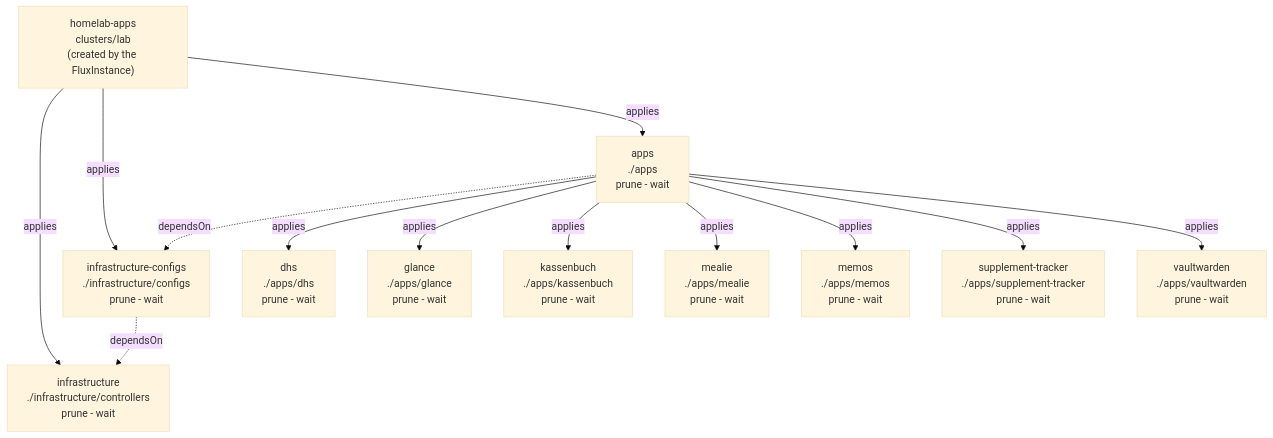
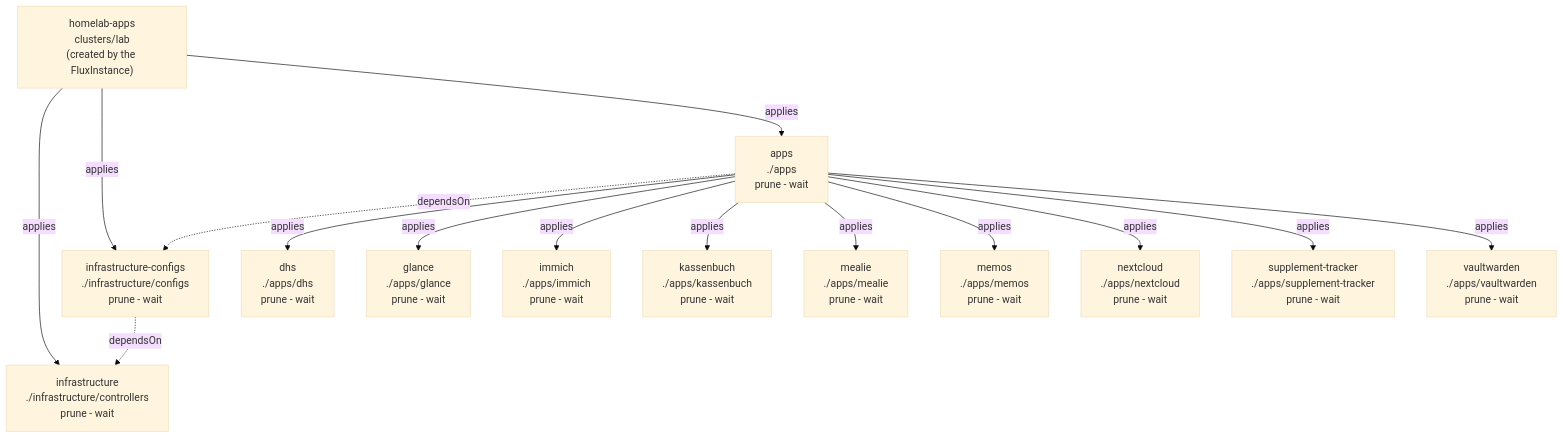
One commit to Sojamann/homelab-apps changed the diagram in README.md. Above: the diagram before and after it, drawn with Mermaid (base theme). The commit also changed other lines of this file and 14 other files, not shown here.

````diff
--- a/README.md
+++ b/README.md
@@ -17,19 +17,21 @@
 ```mermaid
 graph TD
   ROOT["homelab-apps<br/>clusters/lab<br/>(created by the FluxInstance)"]
 
   ROOT -->|applies| INFRA["infrastructure<br/>./infrastructure/controllers<br/>prune - wait"]
   ROOT -->|applies| CFG["infrastructure-configs<br/>./infrastructure/configs<br/>prune - wait"]
   ROOT -->|applies| APPS["apps<br/>./apps<br/>prune - wait"]
 
   CFG -.->|dependsOn| INFRA
   APPS -.->|dependsOn| CFG
 
   APPS -->|applies| DH["dhs<br/>./apps/dhs<br/>prune - wait"]
   APPS -->|applies| GL["glance<br/>./apps/glance<br/>prune - wait"]
+  APPS -->|applies| IM["immich<br/>./apps/immich<br/>prune - wait"]
   APPS -->|applies| KB["kassenbuch<br/>./apps/kassenbuch<br/>prune - wait"]
   APPS -->|applies| ML["mealie<br/>./apps/mealie<br/>prune - wait"]
   APPS -->|applies| MM["memos<br/>./apps/memos<br/>prune - wait"]
+  APPS -->|applies| NC["nextcloud<br/>./apps/nextcloud<br/>prune - wait"]
   APPS -->|applies| ST["supplement-tracker<br/>./apps/supplement-tracker<br/>prune - wait"]
   APPS -->|applies| VW["vaultwarden<br/>./apps/vaultwarden<br/>prune - wait"]
 ```
````
